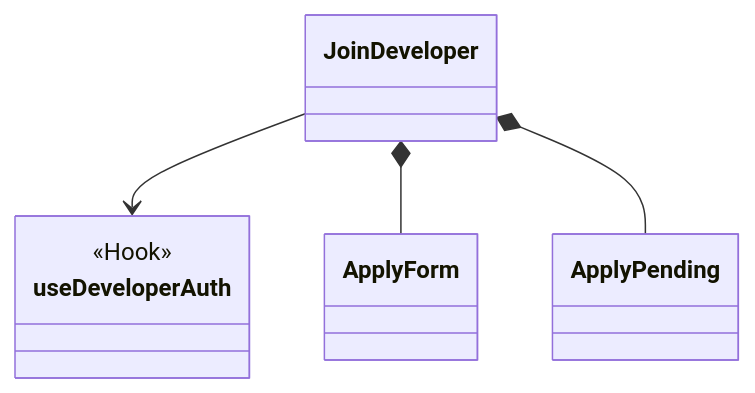
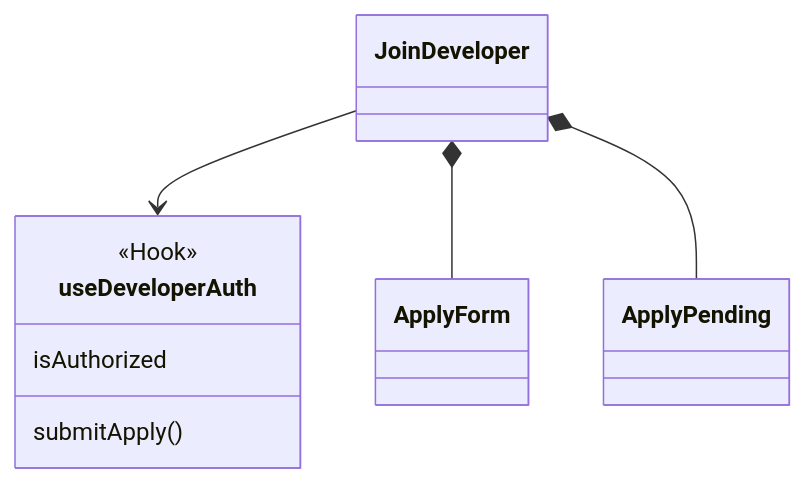
The seventh of 17 diagrams in src/routes/posts/2021/09/13-1519-xirang/document.mdx (mzvast/mzvast.github.io), drawn with Mermaid before and after one commit. The commit also changed other lines of this file, not shown here.

Commit message:
update graph

````diff
--- a/src/routes/posts/2021/09/13-1519-xirang/document.mdx
+++ b/src/routes/posts/2021/09/13-1519-xirang/document.mdx
@@ -59,24 +132,25 @@
 ```mermaid
 classDiagram
    
     class JoinDeveloper{
     }
 
     JoinDeveloper --> useDeveloperAuth
      JoinDeveloper *-- ApplyForm
      JoinDeveloper *-- ApplyPending
      
      class useDeveloperAuth{
 	     <<Hook>>
-
+        isAuthorized
+        submitApply()
      }
 
     class ApplyForm{
 
     }
 
     class ApplyPending{
          
     }
             
 ```
````
